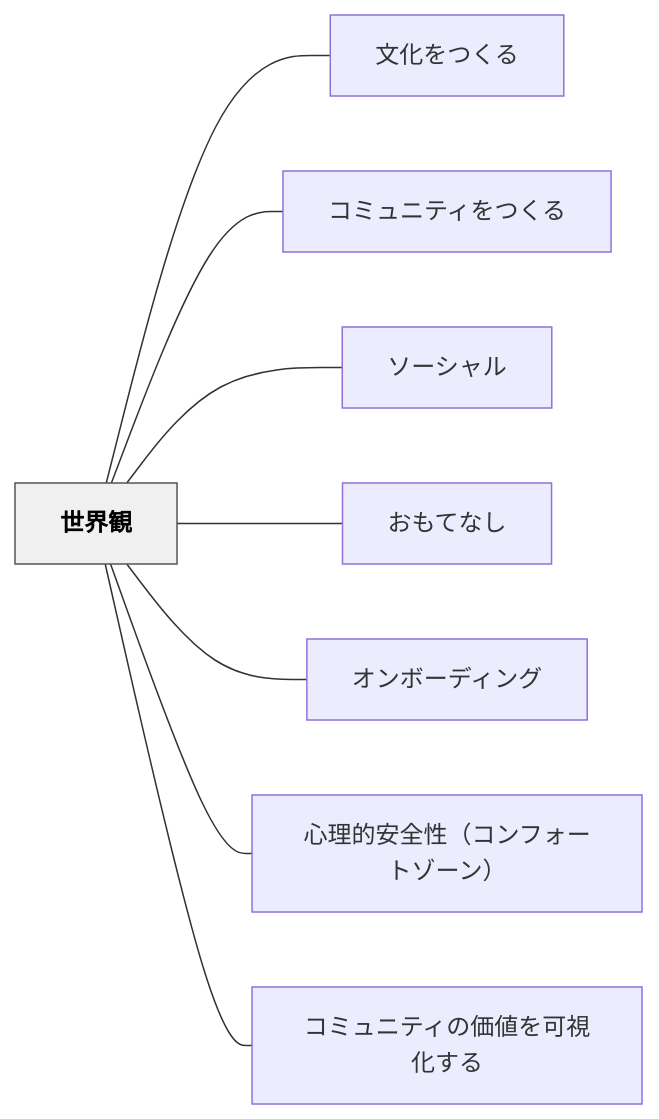
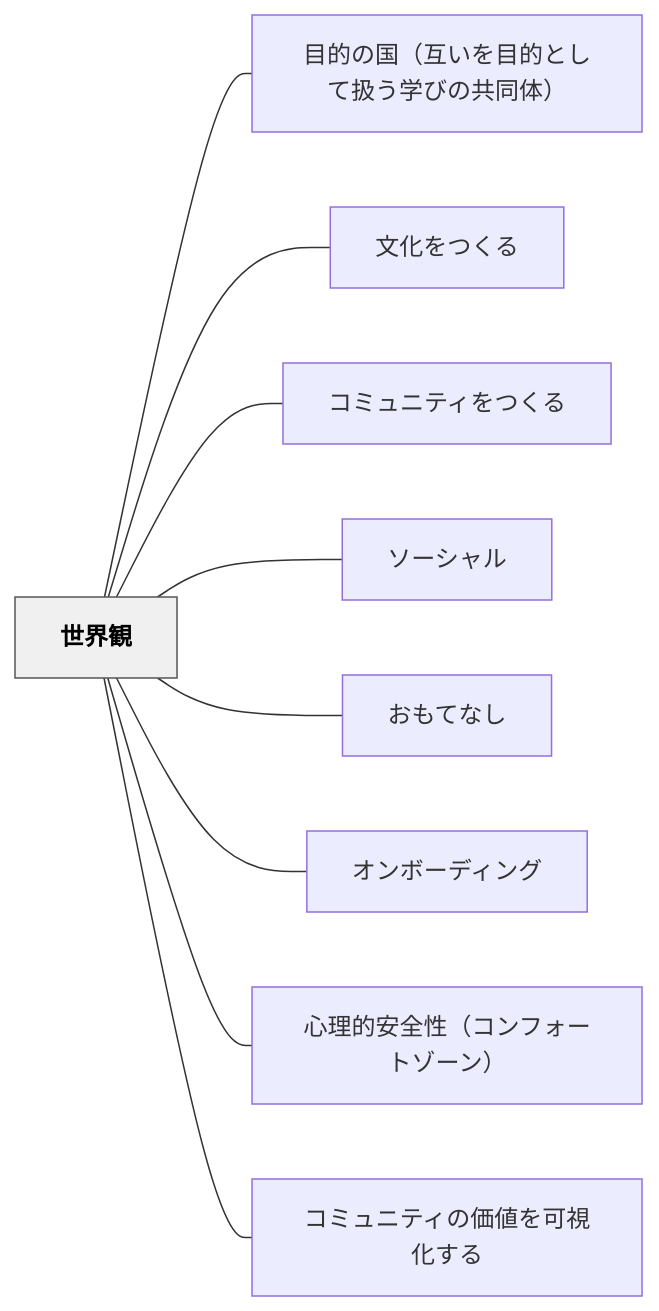
The diagram in content/パタン/世界観.md (unknownthings-ed-patterns/unknownthings-ed-patterns), drawn with Mermaid before and after one commit. The commit also changed other lines of this file and 18 other files, not shown here.

````diff
--- a/content/パタン/世界観.md
+++ b/content/パタン/世界観.md
@@ -130,22 +131,24 @@
 ```mermaid
 flowchart LR
     ne4b896e7958ce8a6b3["世界観"]
+    ne79baee79a84e381aee59bbdefbc88e4ba92e38184e38292e79baee79a84e381a8e38197e381a6e689b1e38186e5ada6e381b3e381aee585b1e5908ce4bd93efbc89["目的の国（互いを目的として扱う学びの共同体）"]
     ne69687e58c96e38292e381a4e3818fe3828b["文化をつくる"]
     ne382b3e3839fe383a5e3838be38386e382a3e38292e381a4e3818fe3828b["コミュニティをつくる"]
     ne382bde383bce382b7e383a3e383ab["ソーシャル"]
     ne3818ae38282e381a6e381aae38197["おもてなし"]
     ne382aae383b3e3839ce383bce38387e382a3e383b3e382b0["オンボーディング"]
     ne5bf83e79086e79a84e5ae89e585a8e680a7efbc88e382b3e383b3e38395e382a9e383bce38388e382bee383bce383b3efbc89["心理的安全性（コンフォートゾーン）"]
     ne382b3e3839fe383a5e3838be38386e382a3e381aee4bea1e580a4e38292e58fafe8a696e58c96e38199e3828b["コミュニティの価値を可視化する"]
 
+    ne4b896e7958ce8a6b3 --- ne79baee79a84e381aee59bbdefbc88e4ba92e38184e38292e79baee79a84e381a8e38197e381a6e689b1e38186e5ada6e381b3e381aee585b1e5908ce4bd93efbc89
     ne4b896e7958ce8a6b3 --- ne69687e58c96e38292e381a4e3818fe3828b
     ne4b896e7958ce8a6b3 --- ne382b3e3839fe383a5e3838be38386e382a3e38292e381a4e3818fe3828b
     ne4b896e7958ce8a6b3 --- ne382bde383bce382b7e383a3e383ab
     ne4b896e7958ce8a6b3 --- ne3818ae38282e381a6e381aae38197
     ne4b896e7958ce8a6b3 --- ne382aae383b3e3839ce383bce38387e382a3e383b3e382b0
     ne4b896e7958ce8a6b3 --- ne5bf83e79086e79a84e5ae89e585a8e680a7efbc88e382b3e383b3e38395e382a9e383bce38388e382bee383bce383b3efbc89
     ne4b896e7958ce8a6b3 --- ne382b3e3839fe383a5e3838be38386e382a3e381aee4bea1e580a4e38292e58fafe8a696e58c96e38199e3828b
 
     classDef hub fill:#f0f0f0,stroke:#555,color:#000,font-weight:bold
     class ne4b896e7958ce8a6b3 hub
 ```
````
